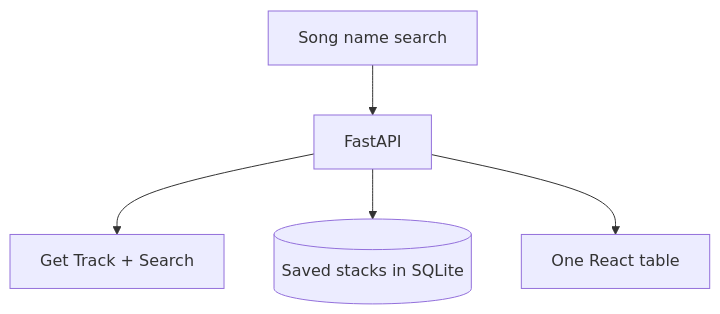
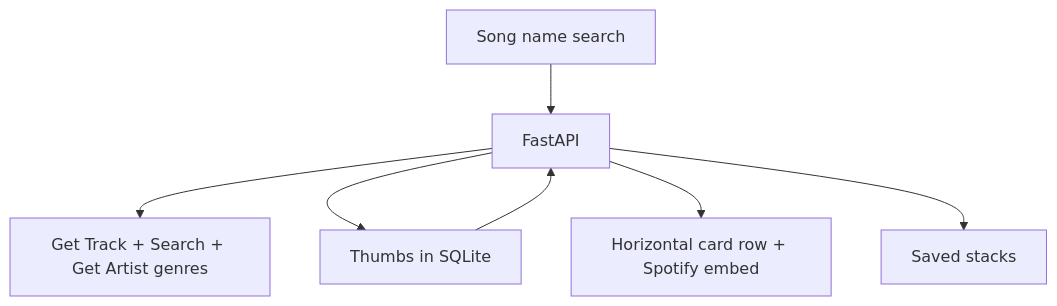
The diagram in README.md (jols11/dealt-spotify), drawn with Mermaid before and after one commit. The commit also changed other lines of this file and 12 other files, not shown here.

First line of the commit message:
Play Spotify on the open card, peek the rest in a row, and learn from thumbs

````diff
--- a/README.md
+++ b/README.md
@@ -42,7 +55,9 @@
 ```mermaid
 flowchart TD
   Search[Song name search] --> API[FastAPI]
-  API --> Spotify[Get Track + Search]
-  API --> Hands[(Saved stacks in SQLite)]
-  API --> UI[One React table]
+  API --> Spotify[Get Track + Search + Get Artist genres]
+  API --> Taste[Thumbs in SQLite]
+  Taste --> API
+  API --> UI[Horizontal card row + Spotify embed]
+  API --> Hands[Saved stacks]
 ```
````
